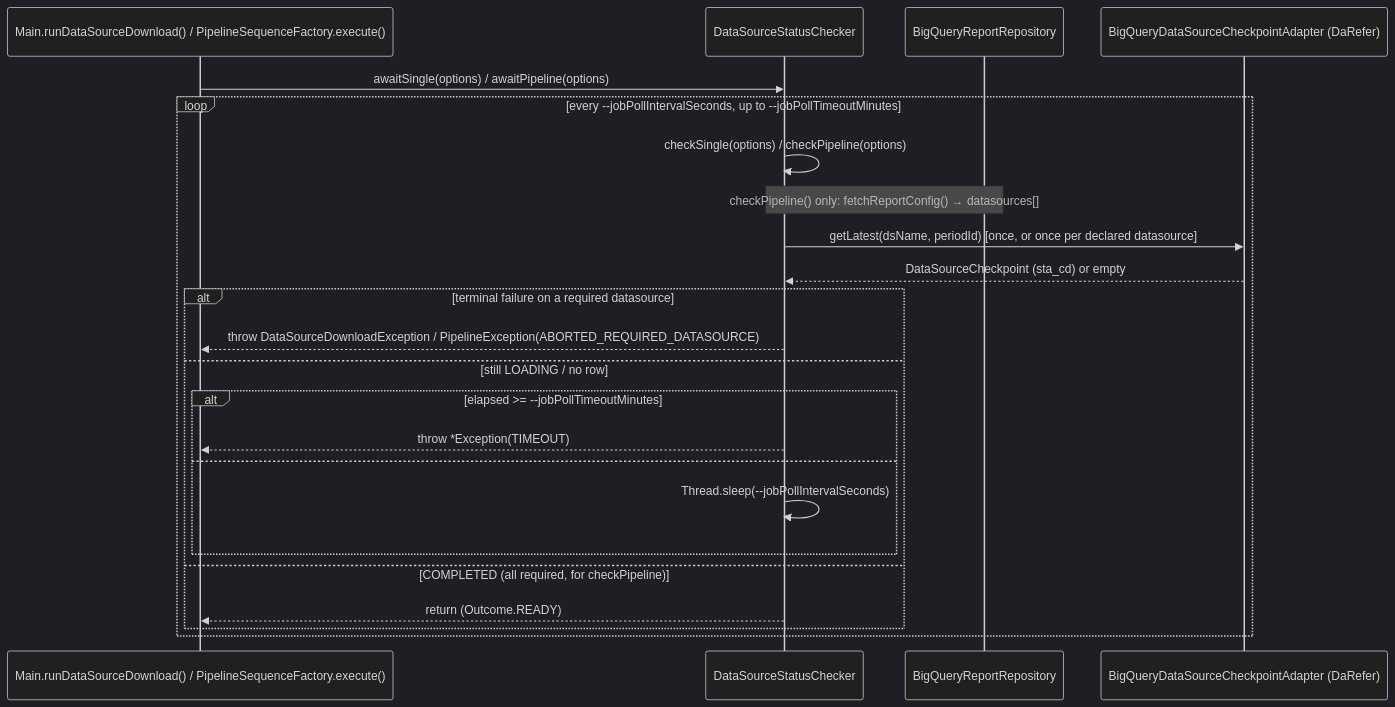
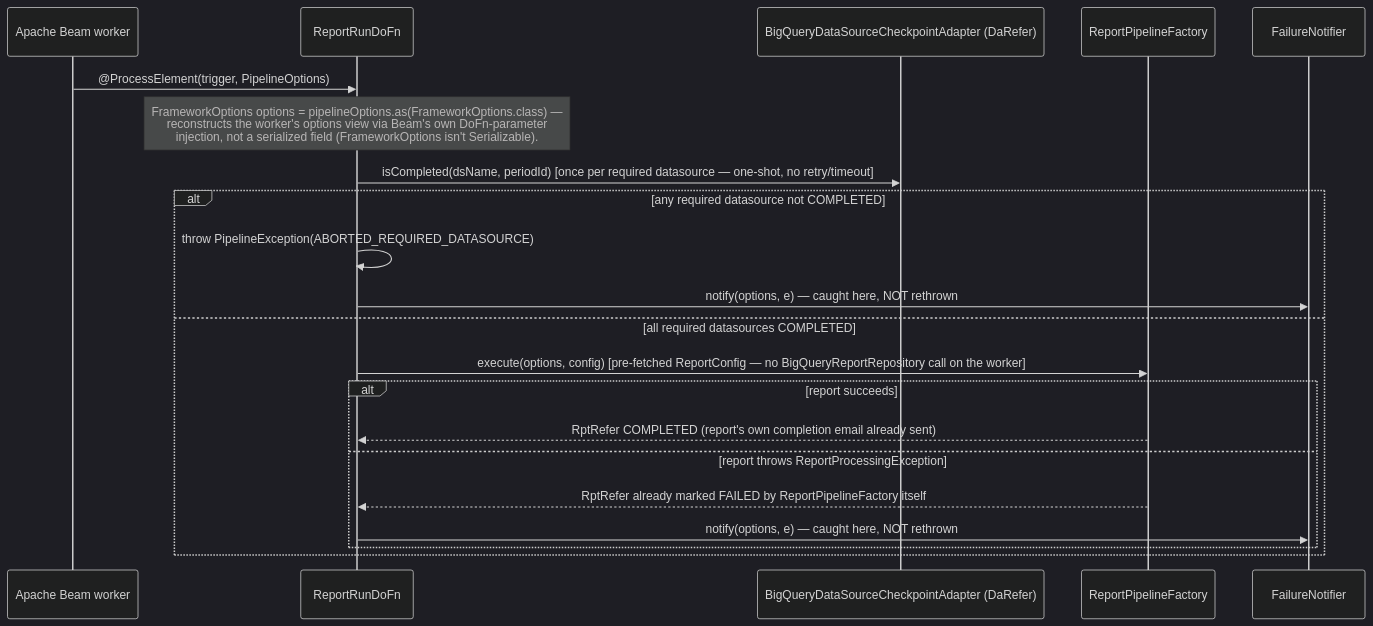
Before and after one commit to tushark-16bit/beam_framework: diagram 16 of 17 in WALKTHROUGH.md, drawn with Mermaid (dark theme). The commit also changed other lines of this file and 16 other files, not shown here.

````diff
--- a/WALKTHROUGH.md
+++ b/WALKTHROUGH.md
@@ -962,26 +958,24 @@
 ```mermaid
 sequenceDiagram
-    participant Caller as Main.runDataSourceDownload() / PipelineSequenceFactory.execute()
-    participant DSC as DataSourceStatusChecker
-    participant RR as BigQueryReportRepository
+    participant Beam as Apache Beam worker
+    participant RRD as ReportRunDoFn
     participant CKA as BigQueryDataSourceCheckpointAdapter (DaRefer)
+    participant RPF as ReportPipelineFactory
+    participant FN as FailureNotifier
 
-    Caller->>DSC: awaitSingle(options) / awaitPipeline(options)
-    loop every --jobPollIntervalSeconds, up to --jobPollTimeoutMinutes
-        DSC->>DSC: checkSingle(options) / checkPipeline(options)
-        Note over DSC,RR: checkPipeline() only: fetchReportConfig() → datasources[]
-        DSC->>CKA: getLatest(dsName, periodId)  [once, or once per declared datasource]
-        CKA-->>DSC: DataSourceCheckpoint (sta_cd) or empty
-        alt terminal failure on a required datasource
-            DSC-->>Caller: throw DataSourceDownloadException / PipelineException(ABORTED_REQUIRED_DATASOURCE)
-        else still LOADING / no row
-            alt elapsed >= --jobPollTimeoutMinutes
-                DSC-->>Caller: throw *Exception(TIMEOUT)
-            else
-                DSC->>DSC: Thread.sleep(--jobPollIntervalSeconds)
-            end
-        else COMPLETED (all required, for checkPipeline)
-            DSC-->>Caller: return (Outcome.READY)
+    Beam->>RRD: @ProcessElement(trigger, PipelineOptions)
+    Note over RRD: FrameworkOptions options = pipelineOptions.as(FrameworkOptions.class) —<br/>reconstructs the worker's options view via Beam's own DoFn-parameter<br/>injection, not a serialized field (FrameworkOptions isn't Serializable).
+    RRD->>CKA: isCompleted(dsName, periodId)   [once per required datasource — one-shot, no retry/timeout]
+    alt any required datasource not COMPLETED
+        RRD->>RRD: throw PipelineException(ABORTED_REQUIRED_DATASOURCE)
+        RRD->>FN: notify(options, e) — caught here, NOT rethrown
+    else all required datasources COMPLETED
+        RRD->>RPF: execute(options, config)   [pre-fetched ReportConfig — no BigQueryReportRepository call on the worker]
+        alt report succeeds
+            RPF-->>RRD: RptRefer COMPLETED (report's own completion email already sent)
+        else report throws ReportProcessingException
+            RPF-->>RRD: RptRefer already marked FAILED by ReportPipelineFactory itself
+            RRD->>FN: notify(options, e) — caught here, NOT rethrown
         end
     end
 ```
````
